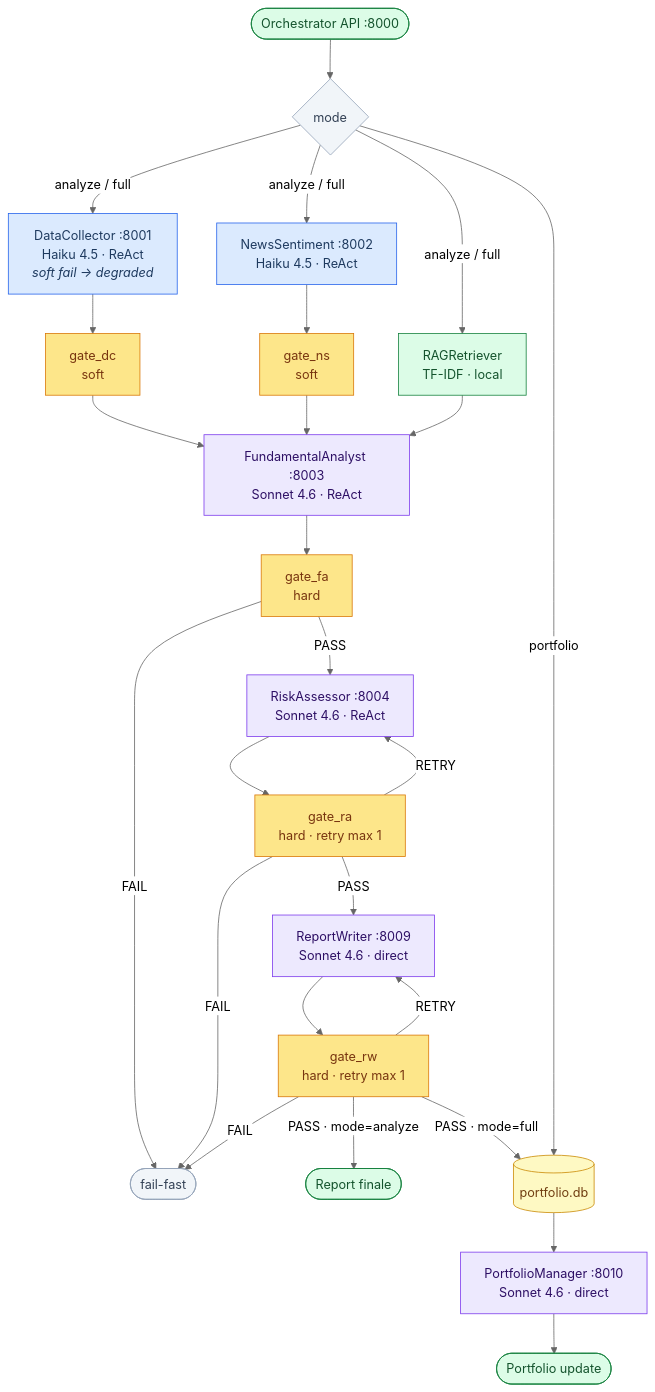
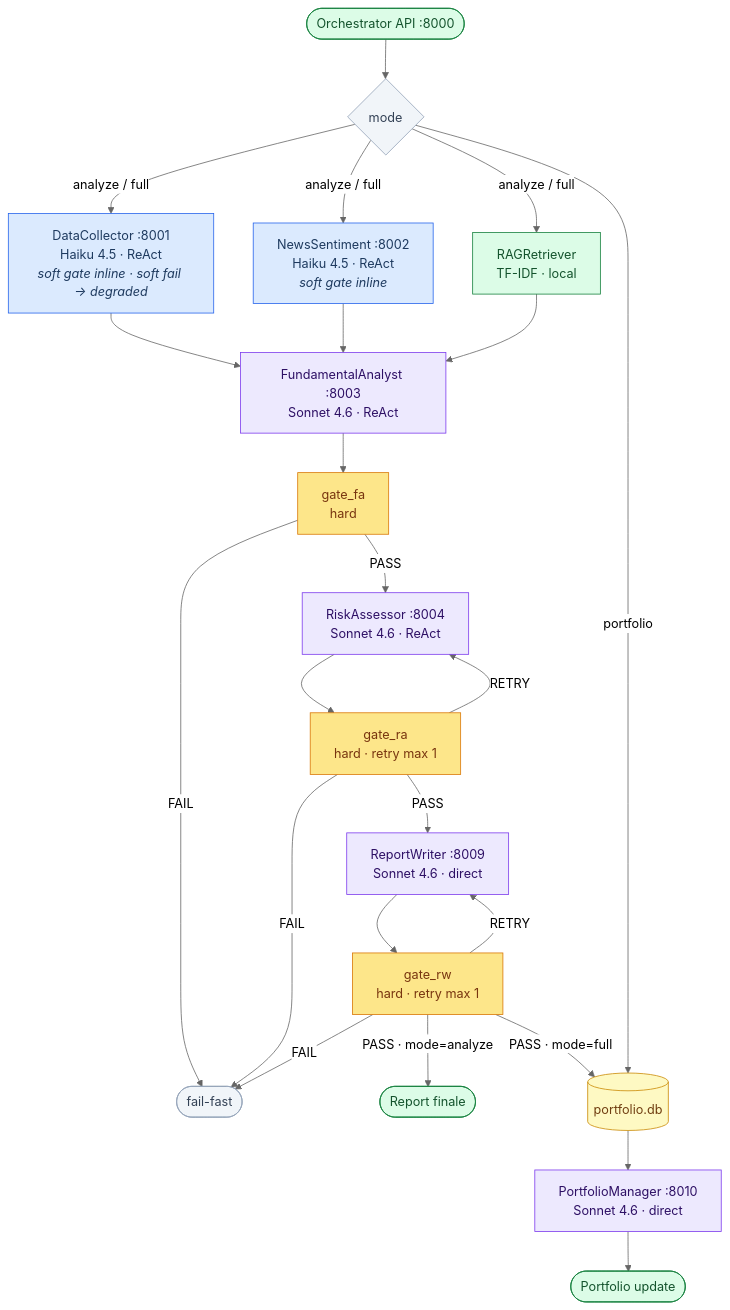
The first of 2 diagrams in docs/architecture.md (tommasobraga/equity-researcher-analyst-a2a), drawn with Mermaid (neutral theme) before and after one commit. The commit also changed other lines of this file, not shown here.

First line of the commit message:
docs: aggiorna architecture.md — soft gate inlining e fan-in fix

````diff
--- a/docs/architecture.md
+++ b/docs/architecture.md
@@ -7,52 +7,49 @@
 ```mermaid
 flowchart TD
     classDef haiku  fill:#dbeafe,stroke:#2563eb,color:#1e3a5f
     classDef sonnet fill:#ede9fe,stroke:#7c3aed,color:#2e1065
     classDef infra  fill:#dcfce7,stroke:#15803d,color:#14532d
     classDef store  fill:#fef9c3,stroke:#ca8a04,color:#713f12
     classDef term   fill:#f1f5f9,stroke:#94a3b8,color:#334155
     classDef gate   fill:#fde68a,stroke:#d97706,color:#78350f
 
     START(["Orchestrator API :8000"]):::infra
     START --> MODE{mode}:::term
 
     MODE -->|"analyze / full"| DC & NS & RAG
     MODE -->|portfolio| PL
 
-    DC["DataCollector :8001<br/>Haiku 4.5 · ReAct<br/><i>soft fail → degraded</i>"]:::haiku
-    NS["NewsSentiment :8002<br/>Haiku 4.5 · ReAct"]:::haiku
+    DC["DataCollector :8001<br/>Haiku 4.5 · ReAct<br/><i>soft gate inline · soft fail → degraded</i>"]:::haiku
+    NS["NewsSentiment :8002<br/>Haiku 4.5 · ReAct<br/><i>soft gate inline</i>"]:::haiku
     RAG["RAGRetriever<br/>TF-IDF · local"]:::infra
 
-    DC --> GDC["gate_dc<br/>soft"]:::gate
-    NS --> GNS["gate_ns<br/>soft"]:::gate
-
-    GDC & GNS & RAG --> FA
+    DC & NS & RAG --> FA
 
     FA["FundamentalAnalyst :8003<br/>Sonnet 4.6 · ReAct"]:::sonnet
     FA --> GFA["gate_fa<br/>hard"]:::gate
 
     GFA -->|"FAIL"| STOP(["fail-fast"]):::term
     GFA -->|"PASS"| RA
 
     RA["RiskAssessor :8004<br/>Sonnet 4.6 · ReAct"]:::sonnet
     RA --> GRA["gate_ra<br/>hard · retry max 1"]:::gate
 
     GRA -->|"FAIL"| STOP
     GRA -->|"RETRY"| RA
     GRA -->|"PASS"| RW
 
     RW["ReportWriter :8009<br/>Sonnet 4.6 · direct"]:::sonnet
     RW --> GRW["gate_rw<br/>hard · retry max 1"]:::gate
 
     GRW -->|"FAIL"| STOP
     GRW -->|"RETRY"| RW
     GRW -->|"PASS · mode=analyze"| OUT_A(["Report finale"]):::infra
     GRW -->|"PASS · mode=full"| PL
 
     PL[("portfolio.db")]:::store
     PL --> PM
 
     PM["PortfolioManager :8010<br/>Sonnet 4.6 · direct"]:::sonnet
 
     PM --> OUT_B(["Portfolio update"]):::infra
 ```
````
